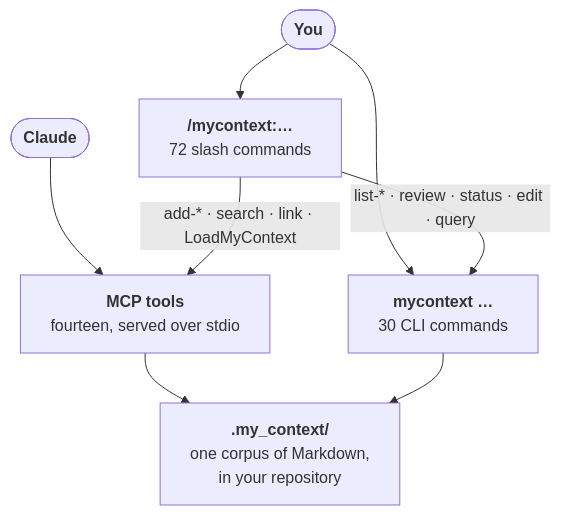
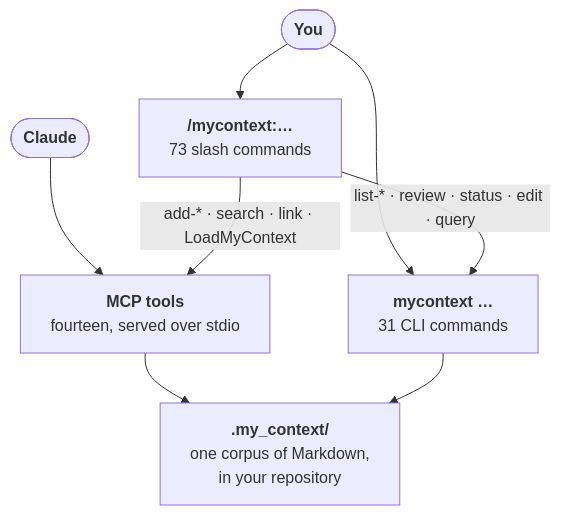
The fourth of 5 diagrams in README.md (Dudi-Bar-On/my-context), drawn with Mermaid before and after one commit. The commit also changed other lines of this file and 1 other file, not shown here.

First line of the commit message:
docs(readme): both documents learn that mycontext todo exists

````diff
--- a/README.md
+++ b/README.md
@@ -1769,10 +1769,10 @@
 ```mermaid
 flowchart TB
-  U(["<b>You</b>"]) --> SL["<b>/mycontext:…</b><br/>72 slash commands"]
-  U --> CL["<b>mycontext …</b><br/>30 CLI commands"]
+  U(["<b>You</b>"]) --> SL["<b>/mycontext:…</b><br/>73 slash commands"]
+  U --> CL["<b>mycontext …</b><br/>31 CLI commands"]
   A(["<b>Claude</b>"]) --> TL["<b>MCP tools</b><br/>fourteen, served over stdio"]
   SL -->|"add-* · search · link · LoadMyContext"| TL
   SL -->|"list-* · review · status · edit · query"| CL
   TL --> CO["<b>.my_context/</b><br/>one corpus of Markdown,<br/>in your repository"]
   CL --> CO
 ```
````
